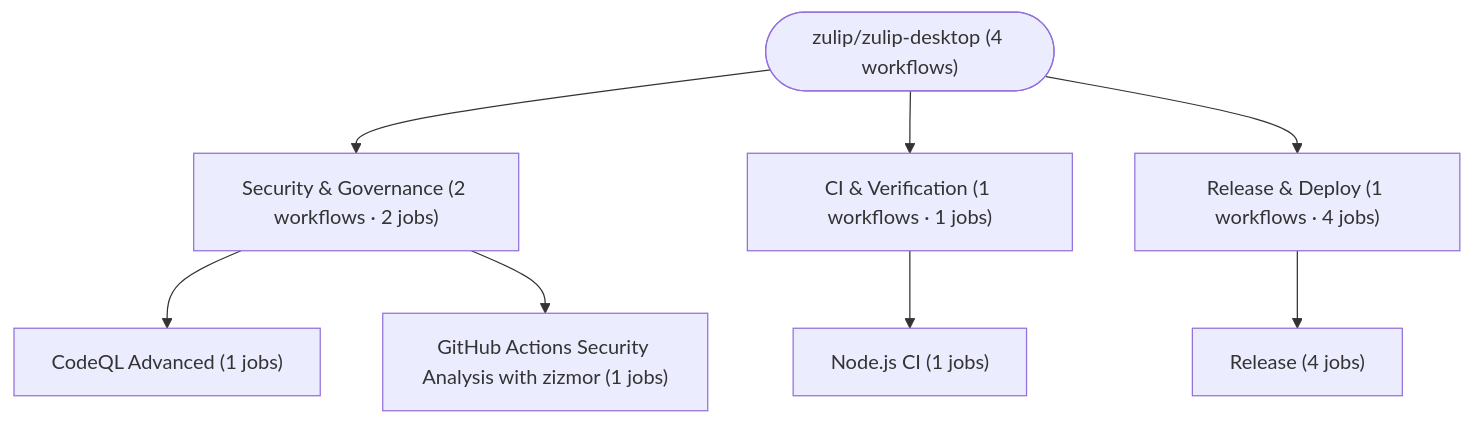
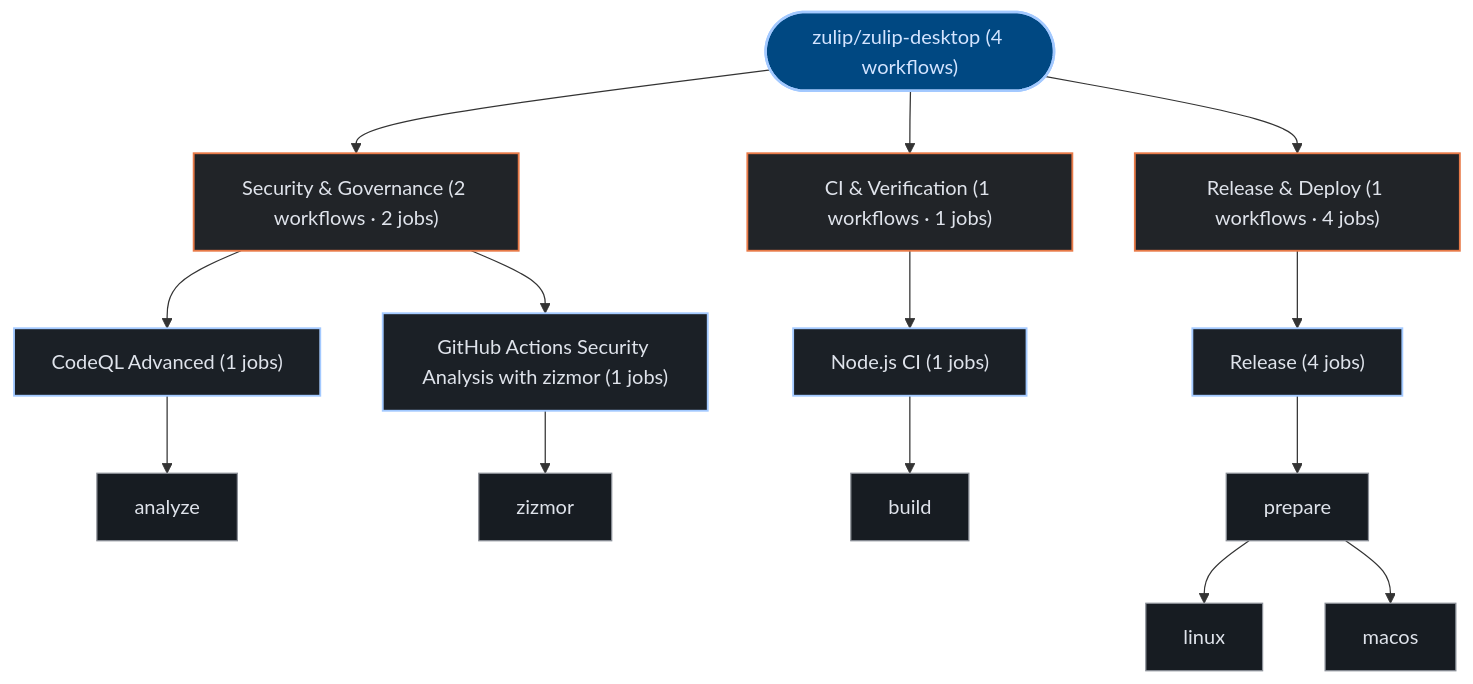
The third of 3 diagrams in exports/latest/reports/zulip-zulip-desktop-report.md (kumarshaz/atruss-code-atlas), drawn with Mermaid before and after one commit. The commit also changed other lines of this file and 331 other files, not shown here.

Commit message:
docs,ui,fix: update SDLC docs, reorder CI/CD DAG first, stylize Mermaid, and fix Arc42 pipeline topology

````diff
--- a/exports/latest/reports/zulip-zulip-desktop-report.md
+++ b/exports/latest/reports/zulip-zulip-desktop-report.md
@@ -155,18 +166,37 @@
 ```mermaid
 graph TD;
-  pipeline_root(["zulip/zulip-desktop (4 workflows)"])
-  grp_0_Security___Governance["Security & Governance (2 workflows · 2 jobs)"]
+  classDef atlasRoot fill:#004882,stroke:#a3c9ff,stroke-width:2px,color:#d3e4ff
+  classDef atlasCategory fill:#212428,stroke:#E87A48,stroke-width:1.5px,color:#dfe3eb
+  classDef atlasWorkflow fill:#1b2026,stroke:#a3c9ff,stroke-width:1.5px,color:#dfe3eb
+  classDef atlasJob fill:#171c22,stroke:#8d9199,stroke-width:1px,color:#dfe3eb
+  classDef atlasTarget fill:#005227,stroke:#8bd99b,stroke-width:1.5px,color:#a7f6b6
+  classDef atlasAlert fill:#93000a,stroke:#ffb4ab,stroke-width:1.5px,color:#ffdad6
+  classDef atlasMore fill:#252a31,stroke:#8d9199,stroke-dasharray:4 4,color:#c3c6cf
+  pipeline_root(["zulip/zulip-desktop (4 workflows)"]):::atlasRoot
+  grp_0_Security___Governance["Security & Governance (2 workflows · 2 jobs)"]:::atlasCategory
   pipeline_root --> grp_0_Security___Governance
-  wf_0_CodeQL_Advanced["CodeQL Advanced (1 jobs)"]
+  wf_0_CodeQL_Advanced["CodeQL Advanced (1 jobs)"]:::atlasWorkflow
   grp_0_Security___Governance --> wf_0_CodeQL_Advanced
-  wf_3_GitHub_Actions_Security_Analysis_with_zizmor["GitHub Actions Security Analysis with zizmor (1 jobs)"]
+  job_0_analyze["analyze"]:::atlasJob
+  wf_0_CodeQL_Advanced --> job_0_analyze
+  wf_3_GitHub_Actions_Security_Analysis_with_zizmor["GitHub Actions Security Analysis with zizmor (1 jobs)"]:::atlasWorkflow
   grp_0_Security___Governance --> wf_3_GitHub_Actions_Security_Analysis_with_zizmor
-  grp_1_CI___Verification["CI & Verification (1 workflows · 1 jobs)"]
+  job_3_zizmor["zizmor"]:::atlasJob
+  wf_3_GitHub_Actions_Security_Analysis_with_zizmor --> job_3_zizmor
+  grp_1_CI___Verification["CI & Verification (1 workflows · 1 jobs)"]:::atlasCategory
   pipeline_root --> grp_1_CI___Verification
-  wf_1_Node_js_CI["Node.js CI (1 jobs)"]
+  wf_1_Node_js_CI["Node.js CI (1 jobs)"]:::atlasWorkflow
   grp_1_CI___Verification --> wf_1_Node_js_CI
-  grp_2_Release___Deploy["Release & Deploy (1 workflows · 4 jobs)"]
+  job_1_build["build"]:::atlasJob
+  wf_1_Node_js_CI --> job_1_build
+  grp_2_Release___Deploy["Release & Deploy (1 workflows · 4 jobs)"]:::atlasCategory
   pipeline_root --> grp_2_Release___Deploy
-  wf_2_Release["Release (4 jobs)"]
+  wf_2_Release["Release (4 jobs)"]:::atlasWorkflow
   grp_2_Release___Deploy --> wf_2_Release
+  job_2_prepare["prepare"]:::atlasJob
+  job_2_linux["linux"]:::atlasJob
+  job_2_macos["macos"]:::atlasJob
+  wf_2_Release --> job_2_prepare
+  job_2_prepare --> job_2_linux
+  job_2_prepare --> job_2_macos
 ```
````
